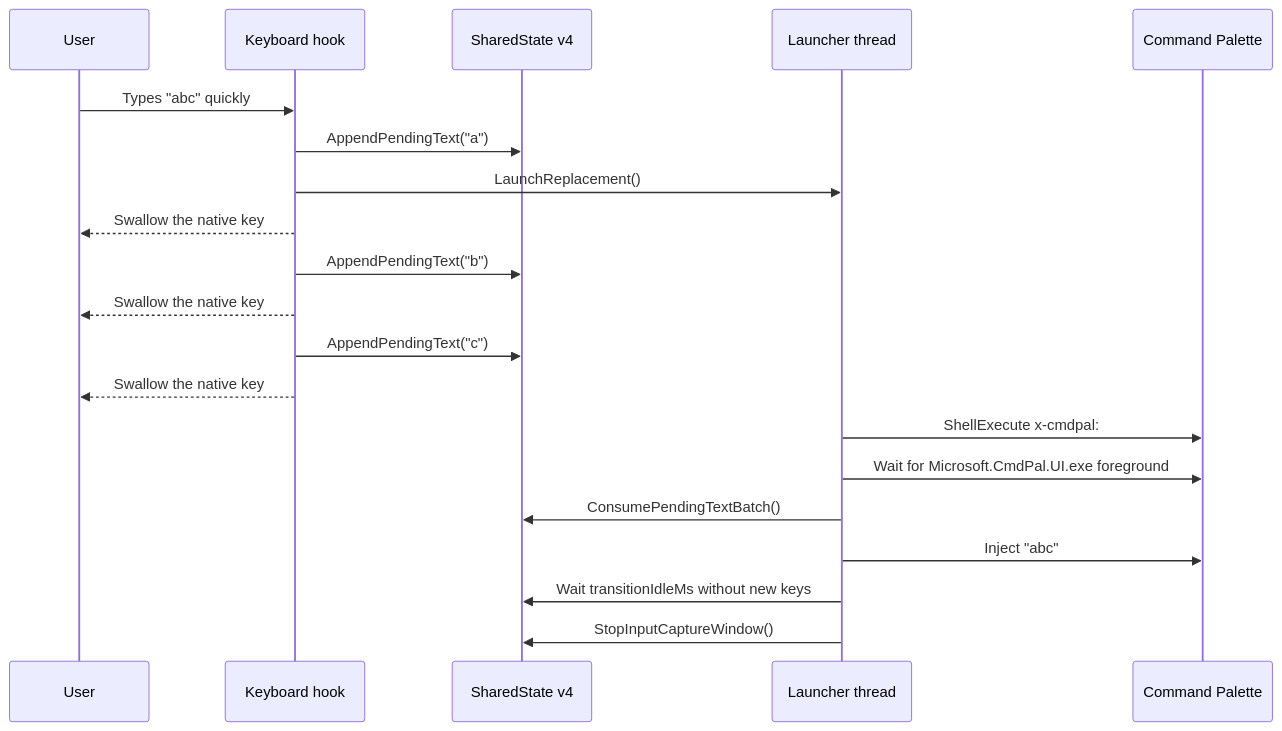
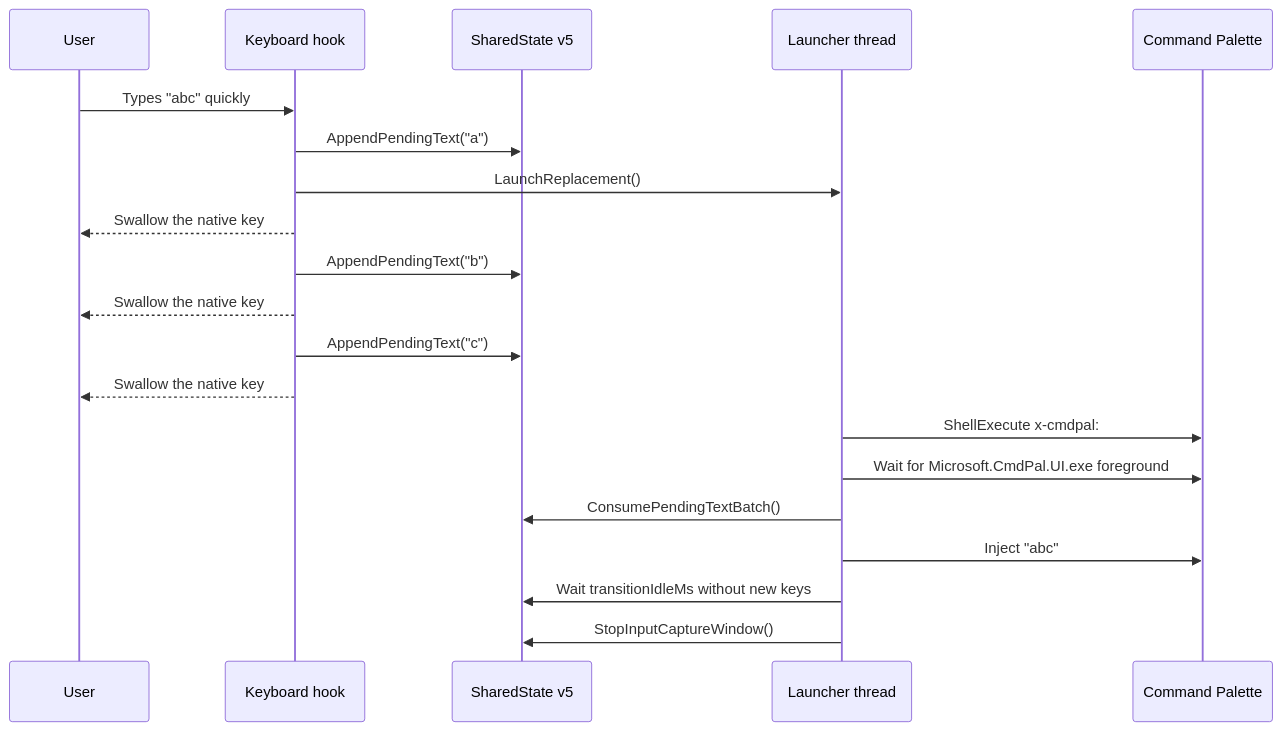
One commit to Fefedu973/Windows-Search-Redirector changed the second of 4 diagrams in README.md. Above: the diagram before and after it, drawn with Mermaid. The commit also changed other lines of this file and 4 other files, not shown here.

````diff
--- a/README.md
+++ b/README.md
@@ -77,23 +77,23 @@
 ```mermaid
 sequenceDiagram
     participant U as User
     participant K as Keyboard hook
-    participant S as SharedState v4
+    participant S as SharedState v5
     participant L as Launcher thread
     participant C as Command Palette
 
     U->>K: Types "abc" quickly
     K->>S: AppendPendingText("a")
     K->>L: LaunchReplacement()
     K-->>U: Swallow the native key
     K->>S: AppendPendingText("b")
     K-->>U: Swallow the native key
     K->>S: AppendPendingText("c")
     K-->>U: Swallow the native key
     L->>C: ShellExecute x-cmdpal:
     L->>C: Wait for Microsoft.CmdPal.UI.exe foreground
     L->>S: ConsumePendingTextBatch()
     L->>C: Inject "abc"
     L->>S: Wait transitionIdleMs without new keys
     L->>S: StopInputCaptureWindow()
 ```
````
